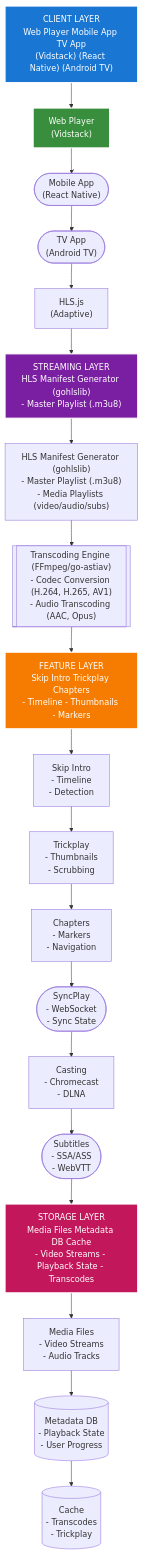
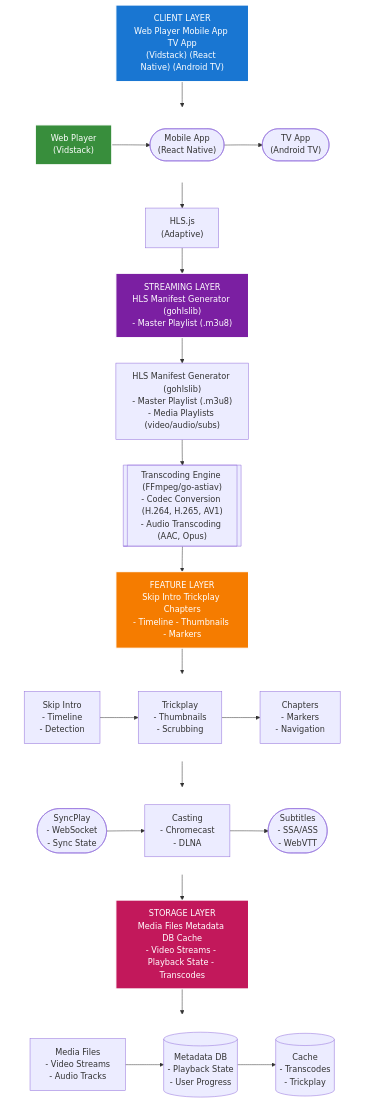
One commit to lusoris/revenge changed the diagram in docs/dev/design/architecture/04_PLAYER_ARCHITECTURE.md. Above: the diagram before and after it, drawn with Mermaid. The commit also changed 210 other files, not shown here.

First line of the commit message:
feat(docs): Add horizontal layout support for Mermaid diagrams

````diff
--- a/docs/dev/design/architecture/04_PLAYER_ARCHITECTURE.md
+++ b/docs/dev/design/architecture/04_PLAYER_ARCHITECTURE.md
@@ -61,47 +61,65 @@
 ```mermaid
 flowchart TD
     node1["CLIENT LAYER<br/>Web Player Mobile App TV App<br/>(Vidstack) (React Native) (Android TV)"]
-    node2["Web Player<br/>(Vidstack)"]
-    node3(["Mobile App<br/>(React Native)"])
-    node4(["TV App<br/>(Android TV)"])
+    subgraph row1[ ]
+        direction LR
+        node2["Web Player<br/>(Vidstack)"]
+        node3(["Mobile App<br/>(React Native)"])
+        node4(["TV App<br/>(Android TV)"])
+    end
     node5["HLS.js<br/>(Adaptive)"]
     node6["STREAMING LAYER<br/>HLS Manifest Generator (gohlslib)<br/>- Master Playlist (.m3u8)"]
     node7["HLS Manifest Generator (gohlslib)<br/>- Master Playlist (.m3u8)<br/>- Media Playlists (video/audio/subs)"]
     node8[["Transcoding Engine (FFmpeg/go-astiav)<br/>- Codec Conversion (H.264, H.265, AV1)<br/>- Audio Transcoding (AAC, Opus)"]]
     node9["FEATURE LAYER<br/>Skip Intro Trickplay Chapters<br/>- Timeline - Thumbnails - Markers"]
-    node10["Skip Intro<br/>- Timeline<br/>- Detection"]
-    node11["Trickplay<br/>- Thumbnails<br/>- Scrubbing"]
-    node12["Chapters<br/>- Markers<br/>- Navigation"]
-    node13(["SyncPlay<br/>- WebSocket<br/>- Sync State"])
-    node14["Casting<br/>- Chromecast<br/>- DLNA"]
-    node15(["Subtitles<br/>- SSA/ASS<br/>- WebVTT"])
+    subgraph row2[ ]
+        direction LR
+        node10["Skip Intro<br/>- Timeline<br/>- Detection"]
+        node11["Trickplay<br/>- Thumbnails<br/>- Scrubbing"]
+        node12["Chapters<br/>- Markers<br/>- Navigation"]
+    end
+    subgraph row3[ ]
+        direction LR
+        node13(["SyncPlay<br/>- WebSocket<br/>- Sync State"])
+        node14["Casting<br/>- Chromecast<br/>- DLNA"]
+        node15(["Subtitles<br/>- SSA/ASS<br/>- WebVTT"])
+    end
     node16["STORAGE LAYER<br/>Media Files Metadata DB Cache<br/>- Video Streams - Playback State - Transcodes"]
-    node17["Media Files<br/>- Video Streams<br/>- Audio Tracks"]
-    node18[("Metadata DB<br/>- Playback State<br/>- User Progress")]
-    node19[("Cache<br/>- Transcodes<br/>- Trickplay")]
+    subgraph row4[ ]
+        direction LR
+        node17["Media Files<br/>- Video Streams<br/>- Audio Tracks"]
+        node18[("Metadata DB<br/>- Playback State<br/>- User Progress")]
+        node19[("Cache<br/>- Transcodes<br/>- Trickplay")]
+    end
     node2 --> node3
     node3 --> node4
     node10 --> node11
     node11 --> node12
     node13 --> node14
     node14 --> node15
     node17 --> node18
     node18 --> node19
     node1 --> node2
     node4 --> node5
     node5 --> node6
     node6 --> node7
     node7 --> node8
     node8 --> node9
     node9 --> node10
     node12 --> node13
     node15 --> node16
     node16 --> node17
 
     %% Layer styling
     style node1 fill:#1976D2,stroke:#fff,stroke-width:2px,color:#fff
     style node2 fill:#388E3C,stroke:#fff,stroke-width:2px,color:#fff
     style node6 fill:#7B1FA2,stroke:#fff,stroke-width:2px,color:#fff
     style node9 fill:#F57C00,stroke:#fff,stroke-width:2px,color:#fff
     style node16 fill:#C2185B,stroke:#fff,stroke-width:2px,color:#fff
+
+    %% Hide row subgraph borders
+    style row1 fill:transparent,stroke:transparent
+    style row2 fill:transparent,stroke:transparent
+    style row3 fill:transparent,stroke:transparent
+    style row4 fill:transparent,stroke:transparent
 ```
````
